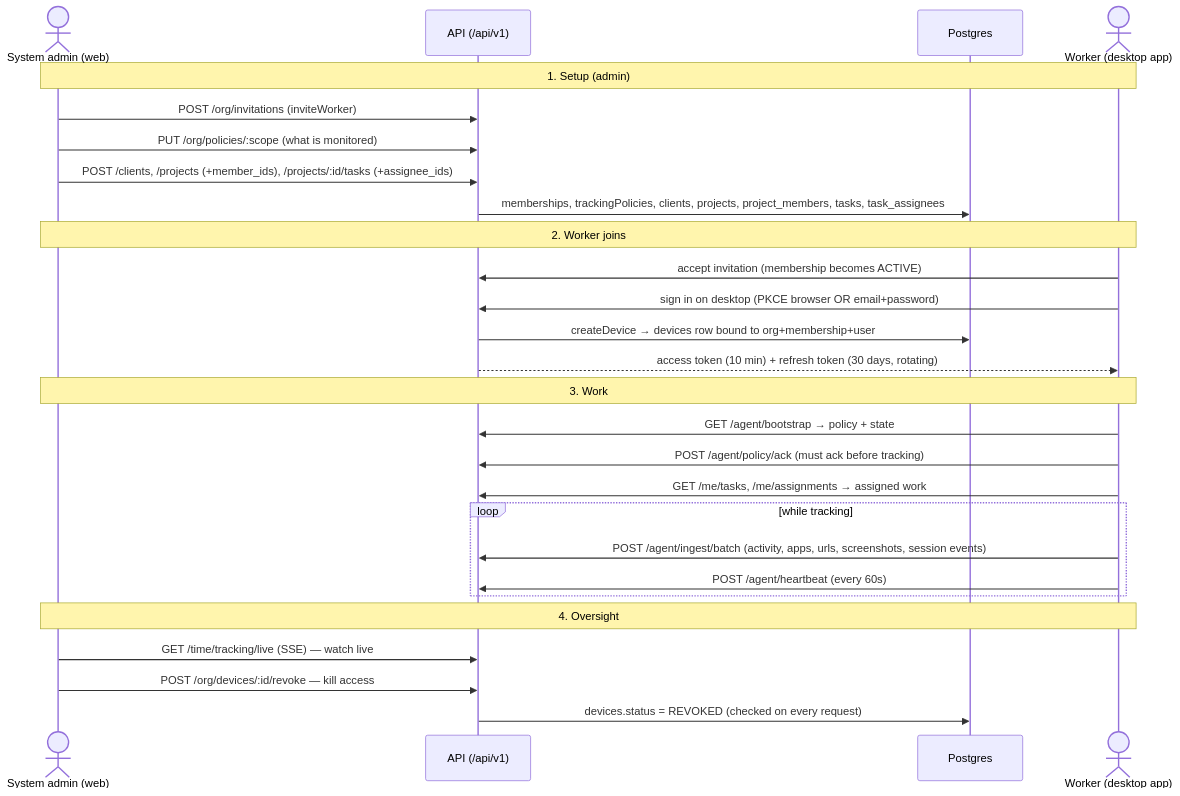
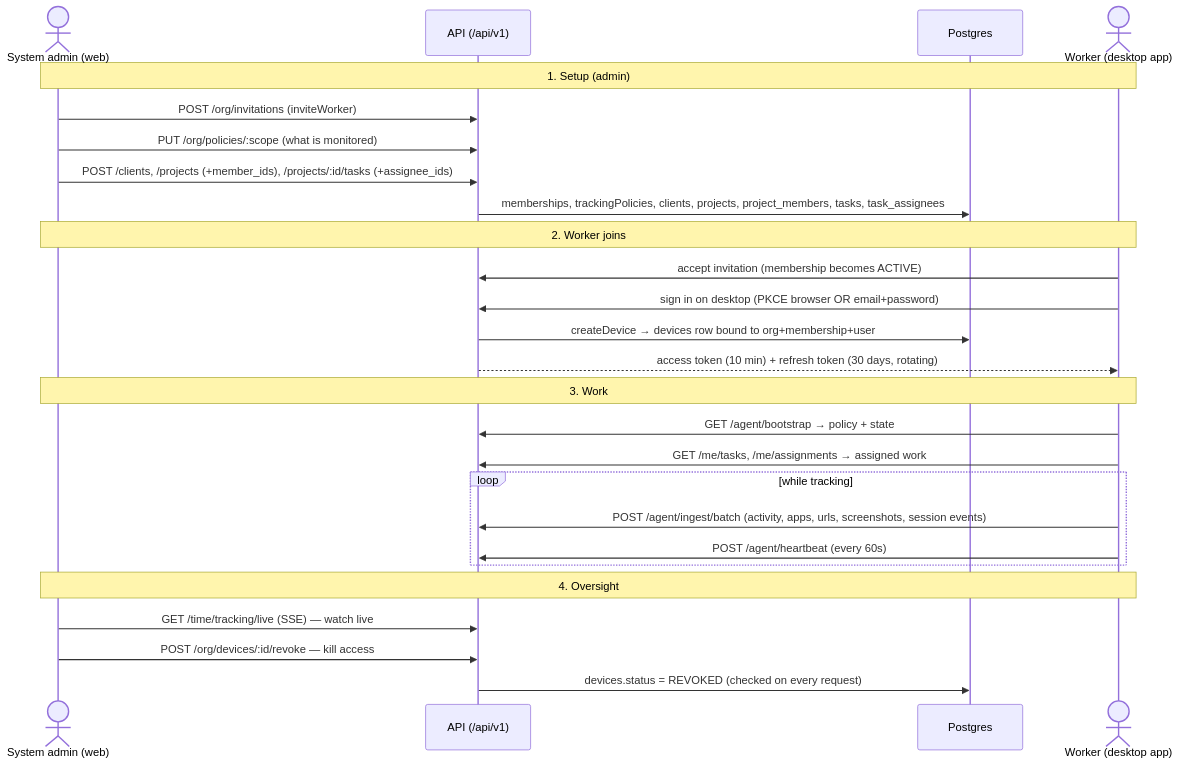
Before and after one commit to marketingcad/WorkPulse: the diagram in docs/desktop-admin-connection.md, drawn with Mermaid. The commit also changed other lines of this file and 2 other files, not shown here.

First line of the commit message:
docs: update README and desktop docs for the simplified worker app

````diff
--- a/docs/desktop-admin-connection.md
+++ b/docs/desktop-admin-connection.md
@@ -35,33 +35,32 @@
 ```mermaid
 sequenceDiagram
     actor Admin as System admin (web)
     participant API as API (/api/v1)
     participant DB as Postgres
     actor Worker as Worker (desktop app)
 
     Note over Admin,Worker: 1. Setup (admin)
     Admin->>API: POST /org/invitations (inviteWorker)
     Admin->>API: PUT /org/policies/:scope (what is monitored)
     Admin->>API: POST /clients, /projects (+member_ids), /projects/:id/tasks (+assignee_ids)
     API->>DB: memberships, trackingPolicies, clients, projects, project_members, tasks, task_assignees
 
     Note over Admin,Worker: 2. Worker joins
     Worker->>API: accept invitation (membership becomes ACTIVE)
     Worker->>API: sign in on desktop (PKCE browser OR email+password)
     API->>DB: createDevice → devices row bound to org+membership+user
     API-->>Worker: access token (10 min) + refresh token (30 days, rotating)
 
     Note over Admin,Worker: 3. Work
     Worker->>API: GET /agent/bootstrap → policy + state
-    Worker->>API: POST /agent/policy/ack (must ack before tracking)
     Worker->>API: GET /me/tasks, /me/assignments → assigned work
     loop while tracking
         Worker->>API: POST /agent/ingest/batch (activity, apps, urls, screenshots, session events)
         Worker->>API: POST /agent/heartbeat (every 60s)
     end
 
     Note over Admin,Worker: 4. Oversight
     Admin->>API: GET /time/tracking/live (SSE) — watch live
     Admin->>API: POST /org/devices/:id/revoke — kill access
     API->>DB: devices.status = REVOKED (checked on every request)
 ```
````
